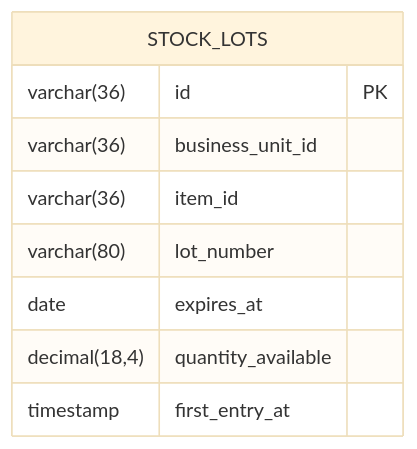
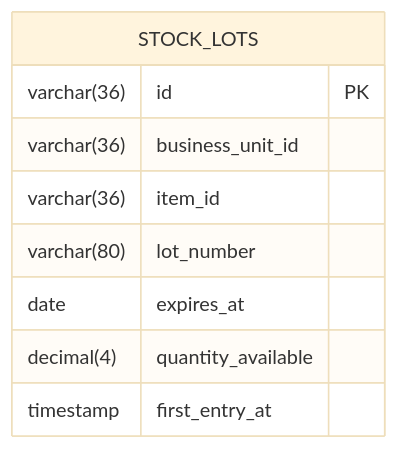
The fourth of 5 diagrams in specs/modules/inventory/05-get-stock-position/design.md (CSousa-Dev/smart-delivery), drawn with Mermaid (base theme) before and after one commit. The commit also changed 255 other files, not shown here.

````diff
--- a/specs/modules/inventory/05-get-stock-position/design.md
+++ b/specs/modules/inventory/05-get-stock-position/design.md
@@ -182,12 +182,12 @@
 ```mermaid
 erDiagram
     STOCK_LOTS {
         varchar(36) id PK
         varchar(36) business_unit_id
         varchar(36) item_id
         varchar(80) lot_number
         date expires_at
-        decimal(18,4) quantity_available
+        decimal(4) quantity_available
         timestamp first_entry_at
     }
 ```
````
